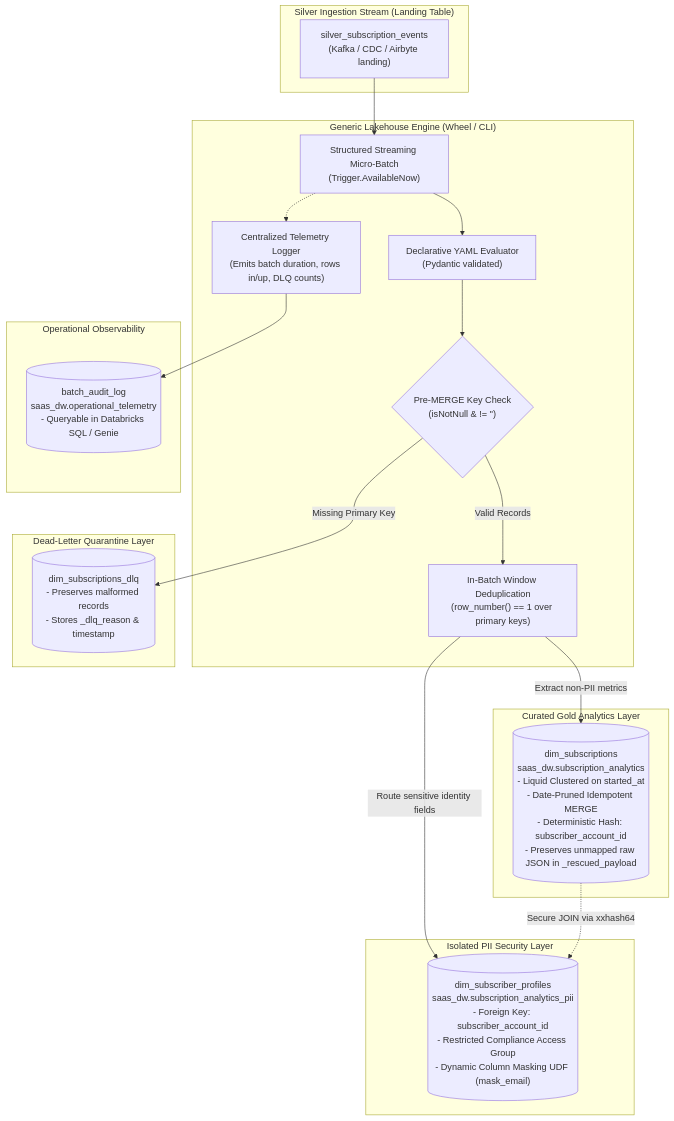
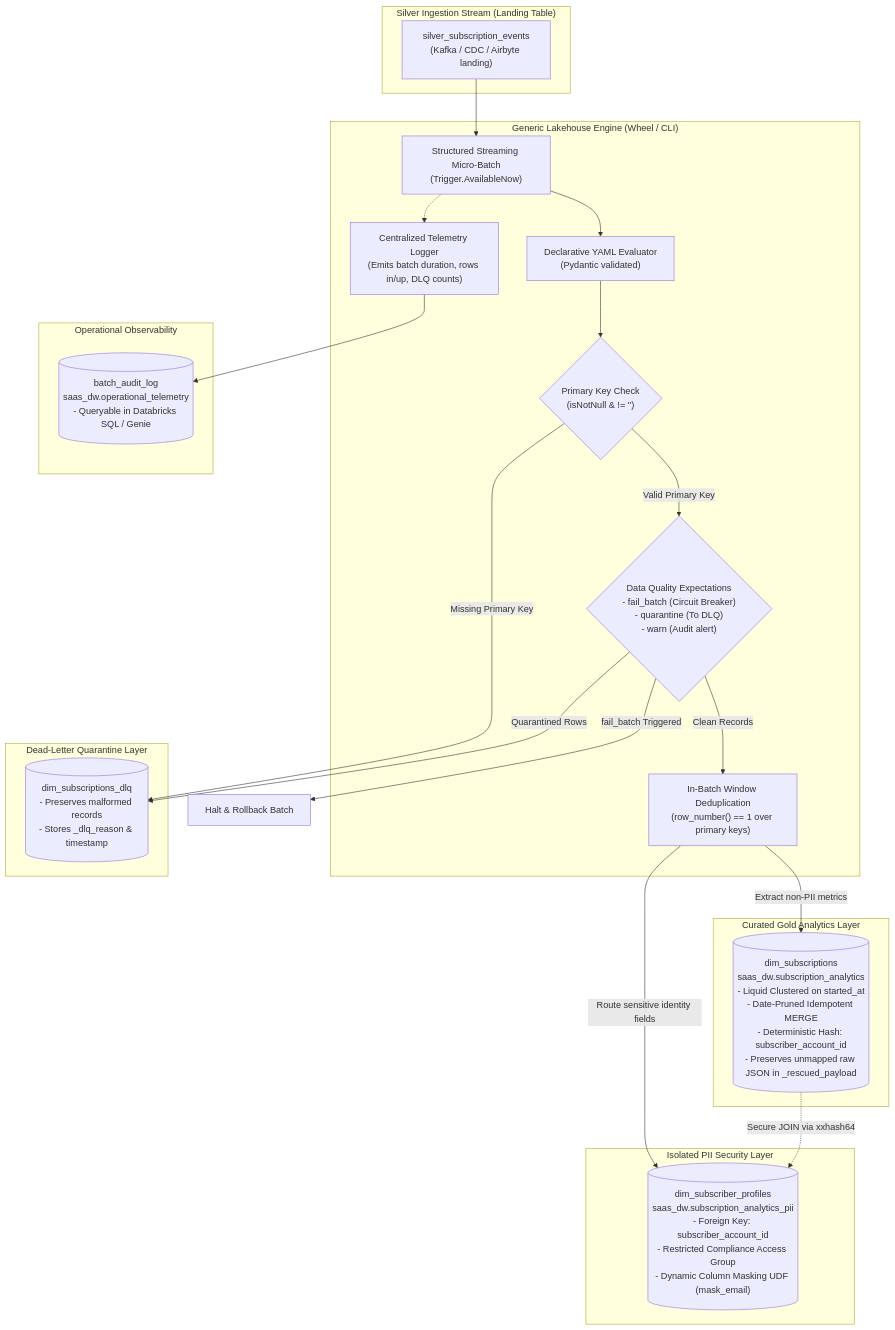
The diagram in README.md (anilkulkarni87/databricks-lakehouse-boilerplate), drawn with Mermaid before and after one commit. The commit also changed other lines of this file and 10 other files, not shown here.

Commit message:
feat: implement Phase 2 governance (data quality expectations, circuit breakers, and historical backfill CLI)

````diff
--- a/README.md
+++ b/README.md
@@ -20,41 +20,45 @@
 ```mermaid
 flowchart TD
     subgraph SilverLayer ["Silver Ingestion Stream (Landing Table)"]
         StreamSrc["silver_subscription_events<br/>(Kafka / CDC / Airbyte landing)"]
     end
 
     subgraph Engine ["Generic Lakehouse Engine (Wheel / CLI)"]
         MicroBatch["Structured Streaming Micro-Batch<br/>(Trigger.AvailableNow)"]
         Parser["Declarative YAML Evaluator<br/>(Pydantic validated)"]
-        DLQSplit{"Pre-MERGE Key Check<br/>(isNotNull & != '')"}
+        DLQSplit{"Primary Key Check<br/>(isNotNull & != '')"}
+        Expectations{"Data Quality Expectations<br/>- fail_batch (Circuit Breaker)<br/>- quarantine (To DLQ)<br/>- warn (Audit alert)"}
         Dedup["In-Batch Window Deduplication<br/>(row_number() == 1 over primary keys)"]
         AuditLog["Centralized Telemetry Logger<br/>(Emits batch duration, rows in/up, DLQ counts)"]
     end
 
     subgraph DLQLayer ["Dead-Letter Quarantine Layer"]
         DLQTable[("dim_subscriptions_dlq<br/>- Preserves malformed records<br/>- Stores _dlq_reason & timestamp")]
     end
 
     subgraph GoldDW ["Curated Gold Analytics Layer"]
         GoldTable[("dim_subscriptions<br/>saas_dw.subscription_analytics<br/>- Liquid Clustered on started_at<br/>- Date-Pruned Idempotent MERGE<br/>- Deterministic Hash: subscriber_account_id<br/>- Preserves unmapped raw JSON in _rescued_payload")]
     end
 
     subgraph PIILayer ["Isolated PII Security Layer"]
         PIITable[("dim_subscriber_profiles<br/>saas_dw.subscription_analytics_pii<br/>- Foreign Key: subscriber_account_id<br/>- Restricted Compliance Access Group<br/>- Dynamic Column Masking UDF (mask_email)")]
     end
 
     subgraph AuditLayer ["Operational Observability"]
         AuditTable[("batch_audit_log<br/>saas_dw.operational_telemetry<br/>- Queryable in Databricks SQL / Genie")]
     end
 
     StreamSrc --> MicroBatch
     MicroBatch --> Parser
     Parser --> DLQSplit
     DLQSplit -->|"Missing Primary Key"| DLQTable
-    DLQSplit -->|"Valid Records"| Dedup
+    DLQSplit -->|"Valid Primary Key"| Expectations
+    Expectations -->|"Quarantined Rows"| DLQTable
+    Expectations -->|"fail_batch Triggered"| Abort["Halt & Rollback Batch"]
+    Expectations -->|"Clean Records"| Dedup
     Dedup -->|"Extract non-PII metrics"| GoldTable
     Dedup -->|"Route sensitive identity fields"| PIITable
     GoldTable -.->|"Secure JOIN via xxhash64"| PIITable
     MicroBatch -.-> AuditLog
     AuditLog --> AuditTable
 ```
````
